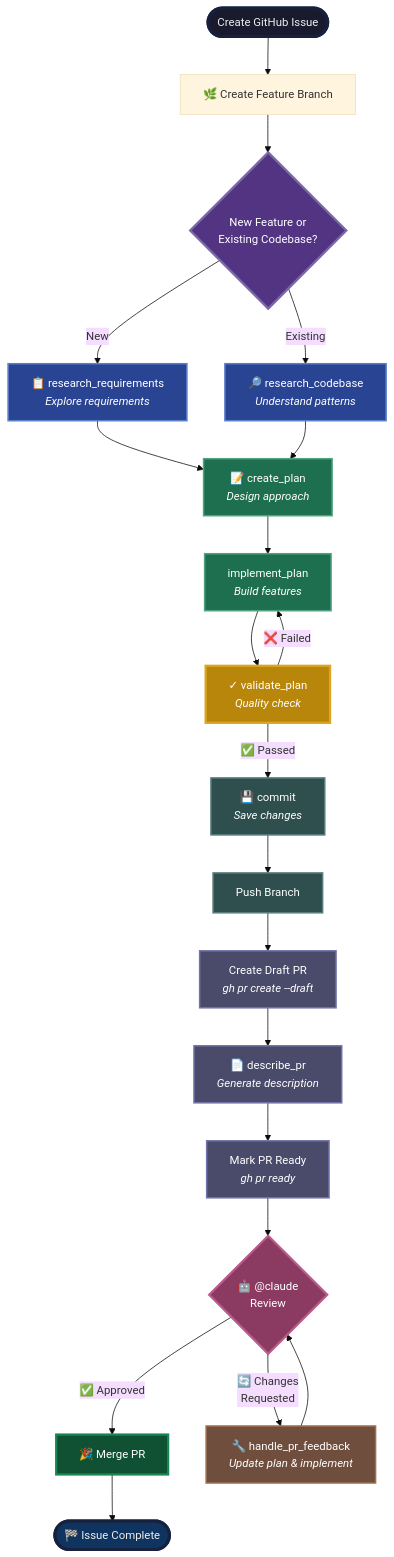
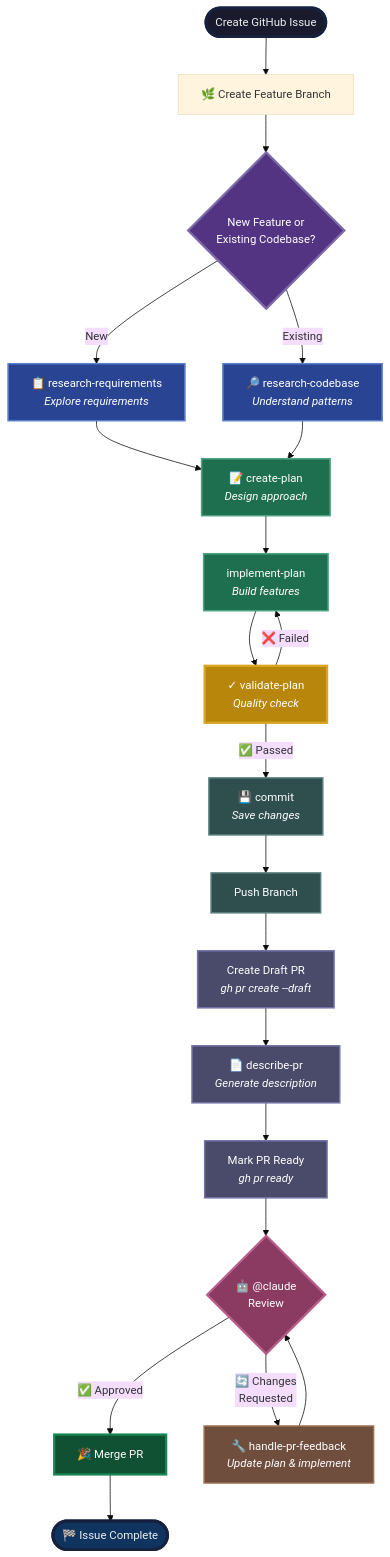
One commit to corticalstack/claude-code-flow changed the first of 2 diagrams in docs/TEMPLATE_INSTRUCTIONS.md. Above: the diagram before and after it, drawn with Mermaid. The commit also changed other lines of this file and 16 other files, not shown here.

````diff
--- a/docs/TEMPLATE_INSTRUCTIONS.md
+++ b/docs/TEMPLATE_INSTRUCTIONS.md
@@ -831,57 +831,57 @@
 ```mermaid
 %%{init: {'theme':'base', 'themeVariables': { 'fontSize':'15px','fontFamily':'system-ui, -apple-system, sans-serif'}}}%%
 flowchart TD
     Start([Create GitHub Issue]) --> Branch[🌿 Create Feature Branch]
     Branch --> Research{New Feature or<br/>Existing Codebase?}
 
-    Research -->|New| ResReq["📋 research_requirements<br/><i>Explore requirements</i>"]
-    Research -->|Existing| ResCB["🔎 research_codebase<br/><i>Understand patterns</i>"]
+    Research -->|New| ResReq["📋 research-requirements<br/><i>Explore requirements</i>"]
+    Research -->|Existing| ResCB["🔎 research-codebase<br/><i>Understand patterns</i>"]
 
-    ResReq --> Plan["📝 create_plan<br/><i>Design approach</i>"]
+    ResReq --> Plan["📝 create-plan<br/><i>Design approach</i>"]
     ResCB --> Plan
 
-    Plan --> Implement["implement_plan<br/><i>Build features</i>"]
-    Implement --> Validate["✓ validate_plan<br/><i>Quality check</i>"]
+    Plan --> Implement["implement-plan<br/><i>Build features</i>"]
+    Implement --> Validate["✓ validate-plan<br/><i>Quality check</i>"]
 
     Validate -->|❌ Failed| Implement
     Validate -->|✅ Passed| Commit["💾 commit<br/><i>Save changes</i>"]
 
     Commit --> Push["Push Branch"]
     Push --> CreatePR["Create Draft PR<br/><i>gh pr create --draft</i>"]
-    CreatePR --> DescribePR["📄 describe_pr<br/><i>Generate description</i>"]
+    CreatePR --> DescribePR["📄 describe-pr<br/><i>Generate description</i>"]
     DescribePR --> Ready["Mark PR Ready<br/><i>gh pr ready</i>"]
 
     Ready --> Review{"🤖 @claude<br/>Review"}
 
     Review -->|✅ Approved| Merge["🎉 Merge PR"]
-    Review -->|🔄 Changes<br/>Requested| Feedback["🔧 handle_pr_feedback<br/><i>Update plan & implement</i>"]
+    Review -->|🔄 Changes<br/>Requested| Feedback["🔧 handle-pr-feedback<br/><i>Update plan & implement</i>"]
 
     Feedback --> Review
 
     Merge --> Done([🏁 Issue Complete])
 
     %% Styling with color-coded phases
     style Start fill:#1a1a2e,stroke:#16213e,stroke-width:4px,color:#eee
     style Done fill:#0f3460,stroke:#16213e,stroke-width:4px,color:#eee
 
     style Research fill:#533483,stroke:#7b68a6,stroke-width:3px,color:#fff
     style ResReq fill:#2a4494,stroke:#5a7fc7,stroke-width:2px,color:#fff
     style ResCB fill:#2a4494,stroke:#5a7fc7,stroke-width:2px,color:#fff
 
     style Plan fill:#1e6f50,stroke:#4fa382,stroke-width:2px,color:#fff
     style Implement fill:#1e6f50,stroke:#4fa382,stroke-width:2px,color:#fff
 
     style Validate fill:#b8860b,stroke:#daa520,stroke-width:3px,color:#fff
 
     style Commit fill:#2f4f4f,stroke:#5a7d7d,stroke-width:2px,color:#fff
     style Push fill:#2f4f4f,stroke:#5a7d7d,stroke-width:2px,color:#fff
 
     style CreatePR fill:#4a4a6a,stroke:#7272a8,stroke-width:2px,color:#fff
     style DescribePR fill:#4a4a6a,stroke:#7272a8,stroke-width:2px,color:#fff
     style Ready fill:#4a4a6a,stroke:#7272a8,stroke-width:2px,color:#fff
 
     style Review fill:#8b3a62,stroke:#b85c8a,stroke-width:3px,color:#fff
     style Feedback fill:#704e3d,stroke:#9d7050,stroke-width:2px,color:#fff
 
     style Merge fill:#0f5132,stroke:#198754,stroke-width:3px,color:#fff
 ```
````
